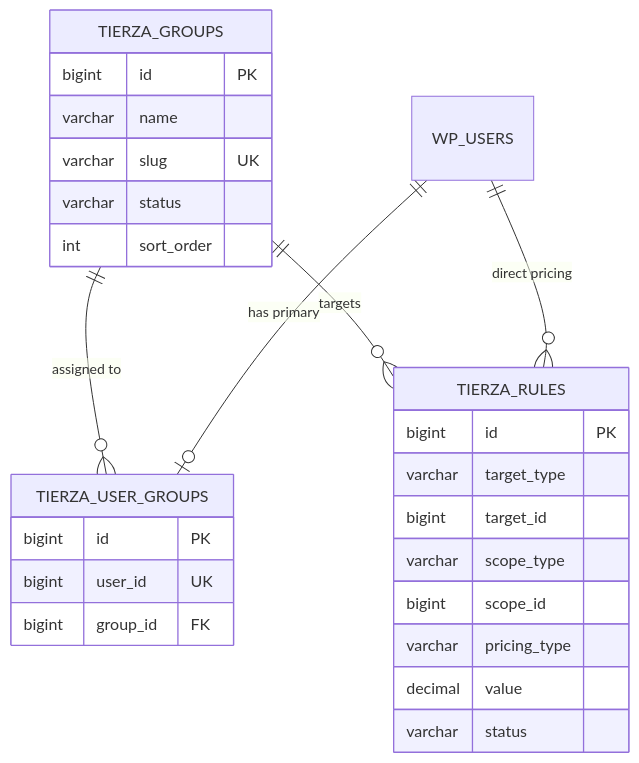
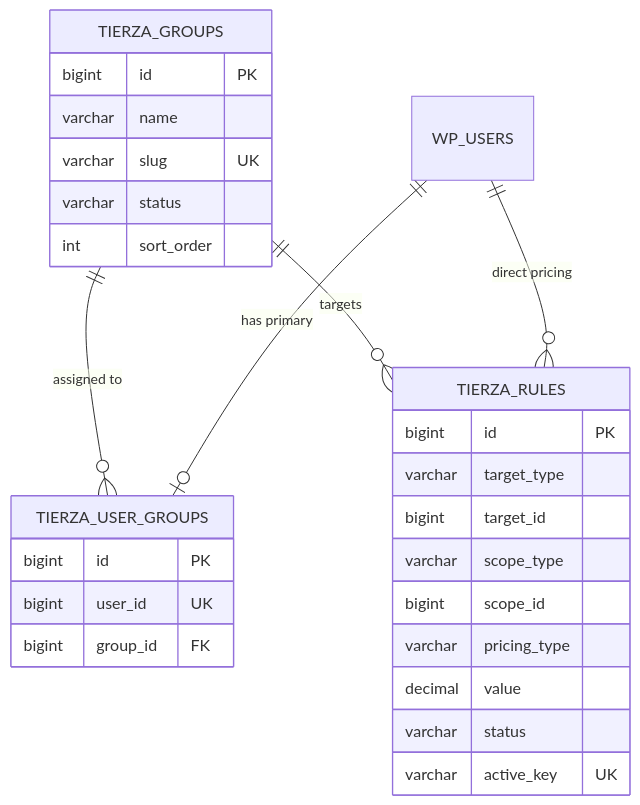
One commit to satinbest/tierza changed the diagram in docs/architecture/database-schema.md. Above: the diagram before and after it, drawn with Mermaid. The commit also changed other lines of this file and 14 other files, not shown here.

````diff
--- a/docs/architecture/database-schema.md
+++ b/docs/architecture/database-schema.md
@@ -142,32 +146,33 @@
 ```mermaid
 erDiagram
     TIERZA_GROUPS ||--o{ TIERZA_USER_GROUPS : "assigned to"
     TIERZA_GROUPS ||--o{ TIERZA_RULES : "targets"
     WP_USERS ||--o| TIERZA_USER_GROUPS : "has primary"
     WP_USERS ||--o{ TIERZA_RULES : "direct pricing"
     
     TIERZA_GROUPS {
         bigint id PK
         varchar name
         varchar slug UK
         varchar status
         int sort_order
     }
     
     TIERZA_USER_GROUPS {
         bigint id PK
         bigint user_id UK
         bigint group_id FK
     }
     
     TIERZA_RULES {
         bigint id PK
         varchar target_type
         bigint target_id
         varchar scope_type
         bigint scope_id
         varchar pricing_type
         decimal value
         varchar status
+        varchar active_key UK
     }
 ```
````
